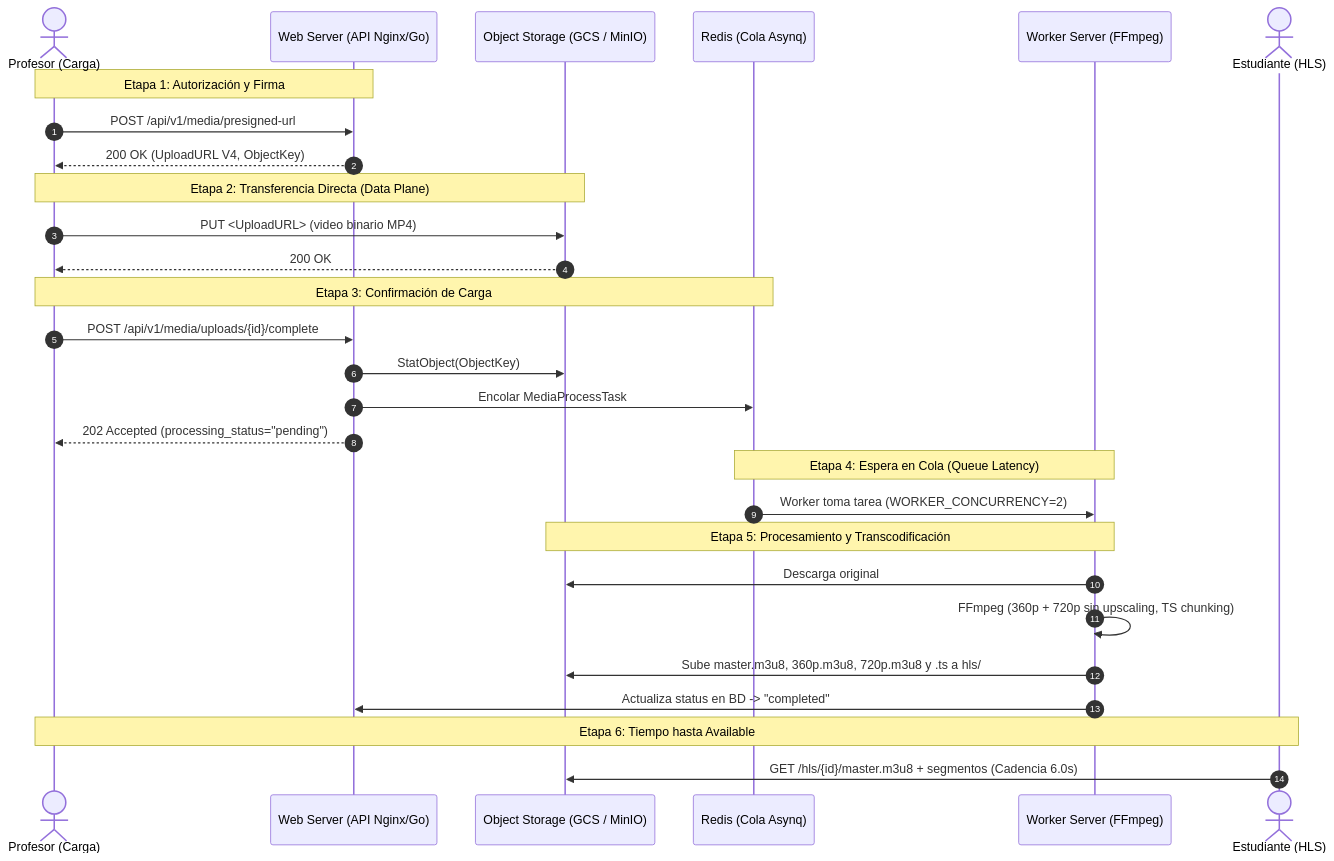
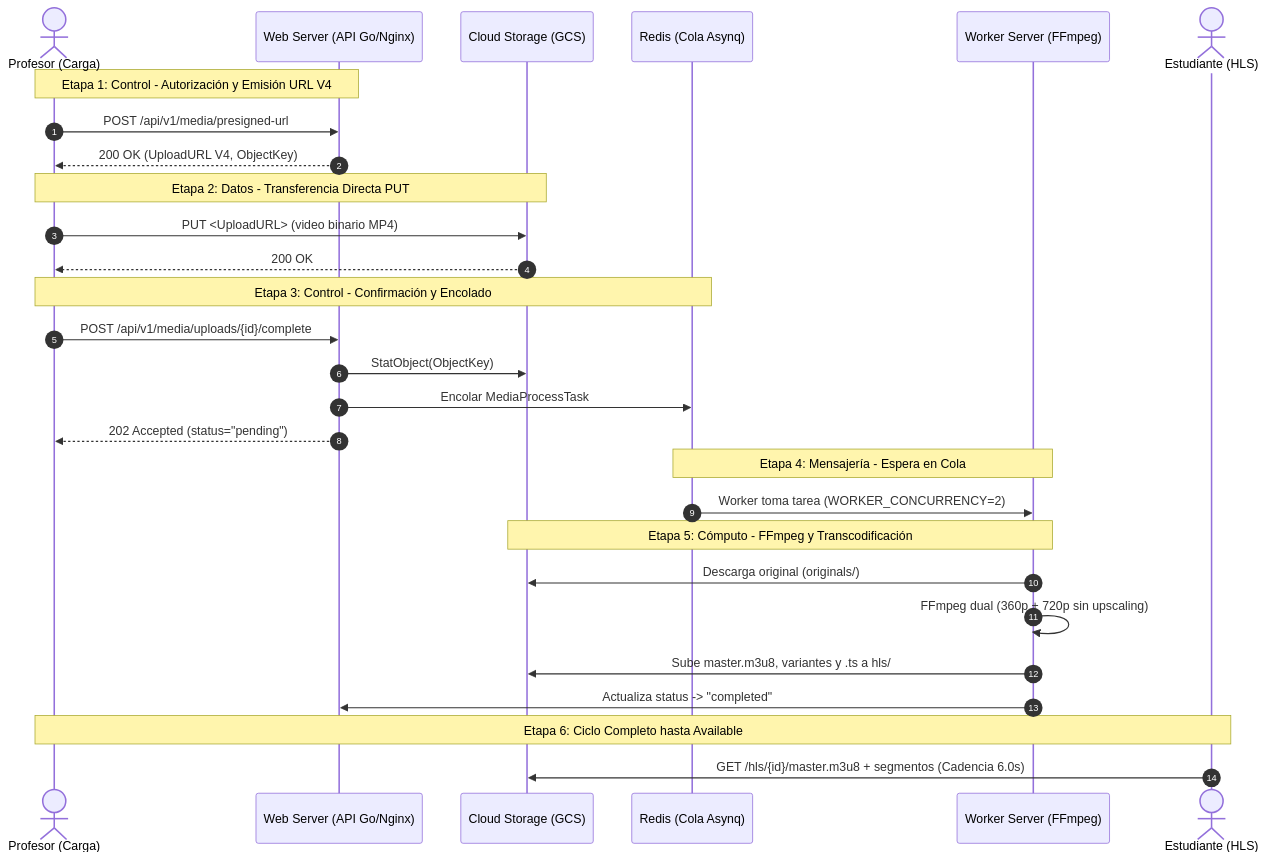
The fourth of 5 diagrams in capacity-planning/pruebas_de_carga_entrega2.md (ISIS4426-2026/Plataforma-MOOC), drawn with Mermaid before and after one commit. The commit also changed other lines of this file and 3 other files, not shown here.

````diff
--- a/capacity-planning/pruebas_de_carga_entrega2.md
+++ b/capacity-planning/pruebas_de_carga_entrega2.md
@@ -73,36 +351,36 @@
 ```mermaid
 sequenceDiagram
     autonumber
     actor Prof as Profesor (Carga)
-    participant API as Web Server (API Nginx/Go)
-    participant Storage as Object Storage (GCS / MinIO)
+    participant API as Web Server (API Go/Nginx)
+    participant Storage as Cloud Storage (GCS)
     participant Queue as Redis (Cola Asynq)
     participant Worker as Worker Server (FFmpeg)
     actor Est as Estudiante (HLS)
 
-    Note over Prof,API: Etapa 1: Autorización y Firma
+    Note over Prof,API: Etapa 1: Control - Autorización y Emisión URL V4
     Prof->>API: POST /api/v1/media/presigned-url
     API-->>Prof: 200 OK (UploadURL V4, ObjectKey)
 
-    Note over Prof,Storage: Etapa 2: Transferencia Directa (Data Plane)
+    Note over Prof,Storage: Etapa 2: Datos - Transferencia Directa PUT
     Prof->>Storage: PUT <UploadURL> (video binario MP4)
     Storage-->>Prof: 200 OK
 
-    Note over Prof,Queue: Etapa 3: Confirmación de Carga
+    Note over Prof,Queue: Etapa 3: Control - Confirmación y Encolado
     Prof->>API: POST /api/v1/media/uploads/{id}/complete
     API->>Storage: StatObject(ObjectKey)
     API->>Queue: Encolar MediaProcessTask
-    API-->>Prof: 202 Accepted (processing_status="pending")
+    API-->>Prof: 202 Accepted (status="pending")
 
-    Note over Queue,Worker: Etapa 4: Espera en Cola (Queue Latency)
+    Note over Queue,Worker: Etapa 4: Mensajería - Espera en Cola
     Queue->>Worker: Worker toma tarea (WORKER_CONCURRENCY=2)
 
-    Note over Worker,Storage: Etapa 5: Procesamiento y Transcodificación
-    Worker->>Storage: Descarga original
-    Worker->>Worker: FFmpeg (360p + 720p sin upscaling, TS chunking)
-    Worker->>Storage: Sube master.m3u8, 360p.m3u8, 720p.m3u8 y .ts a hls/
-    Worker->>API: Actualiza status en BD -> "completed"
+    Note over Worker,Storage: Etapa 5: Cómputo - FFmpeg y Transcodificación
+    Worker->>Storage: Descarga original (originals/)
+    Worker->>Worker: FFmpeg dual (360p + 720p sin upscaling)
+    Worker->>Storage: Sube master.m3u8, variantes y .ts a hls/
+    Worker->>API: Actualiza status -> "completed"
 
-    Note over Prof,Est: Etapa 6: Tiempo hasta Available
+    Note over Prof,Est: Etapa 6: Ciclo Completo hasta Available
     Est->>Storage: GET /hls/{id}/master.m3u8 + segmentos (Cadencia 6.0s)
 ```
````
